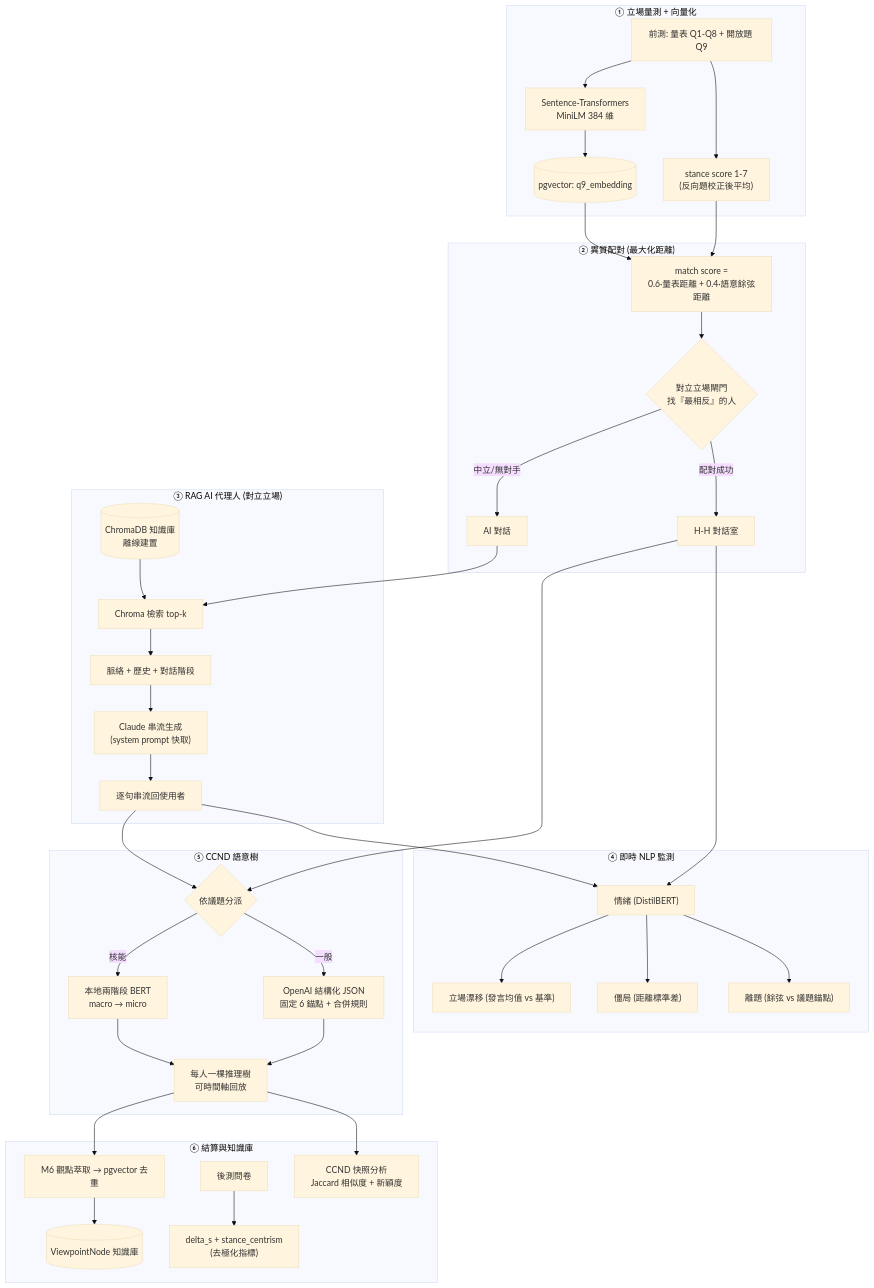
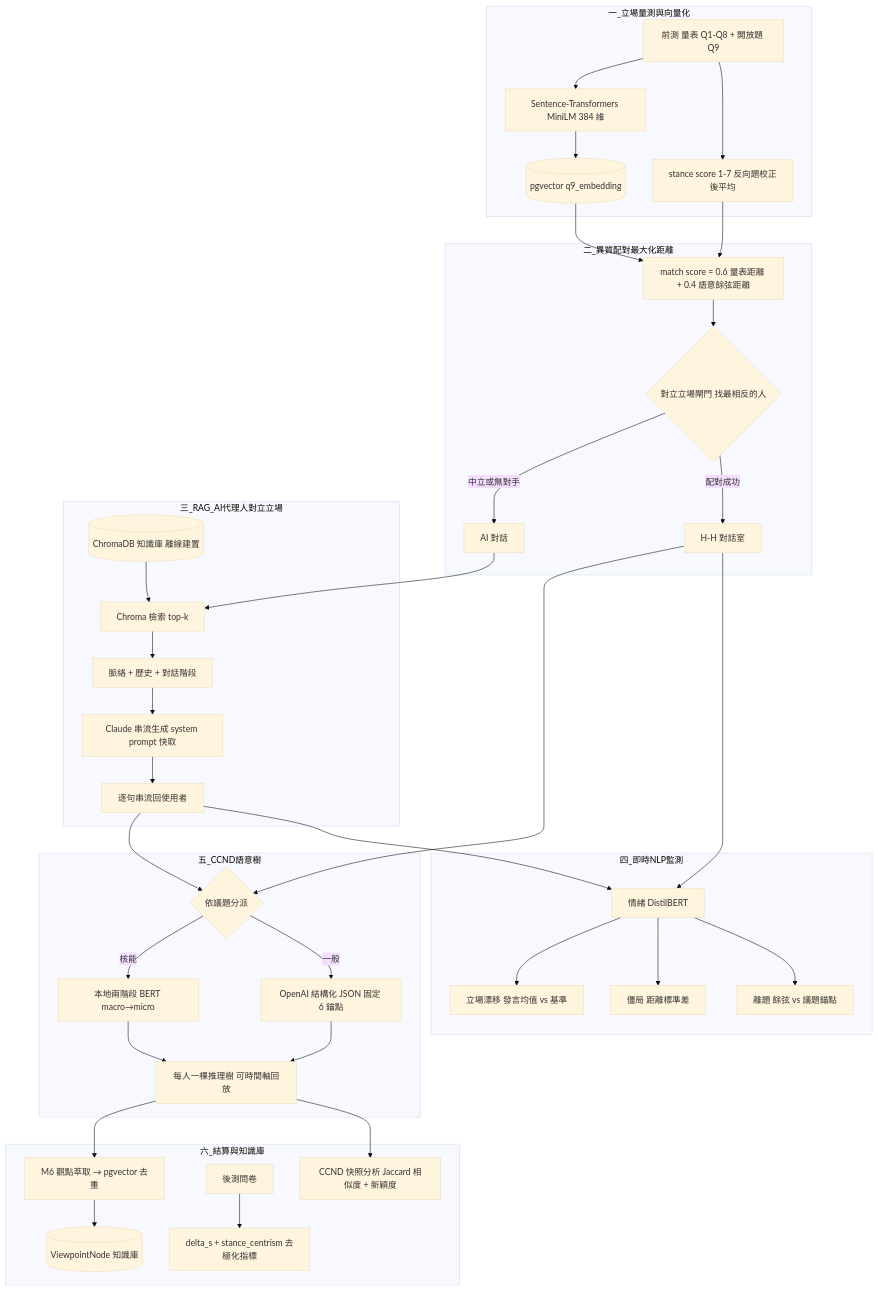
One commit to Ceeeuu/TakeAbridge-Portfolio changed the fifth of 6 diagrams in ARCHITECTURE.md. Above: the diagram before and after it, drawn with Mermaid (base theme). The commit also changed other lines of this file, not shown here.

Commit message:
fix(docs): rewrite mermaid diagrams with widely-compatible syntax

````diff
--- a/ARCHITECTURE.md
+++ b/ARCHITECTURE.md
@@ -186,48 +186,48 @@
 ```mermaid
 flowchart TD
-    subgraph S1["① 立場量測 + 向量化"]
-        A["前測: 量表 Q1-Q8 + 開放題 Q9"] --> B["stance score 1-7<br/>(反向題校正後平均)"]
-        A --> D["Sentence-Transformers<br/>MiniLM 384 維"]
-        D --> E[("pgvector: q9_embedding")]
+    subgraph 一_立場量測與向量化
+        A["前測 量表 Q1-Q8 + 開放題 Q9"] --> B["stance score 1-7 反向題校正後平均"]
+        A --> Demb["Sentence-Transformers MiniLM 384 維"]
+        Demb --> E[("pgvector q9_embedding")]
     end
 
-    subgraph S2["② 異質配對 (最大化距離)"]
-        B --> G["match score =<br/>0.6·量表距離 + 0.4·語意餘弦距離"]
-        E --> G
-        G --> H{"對立立場閘門<br/>找『最相反』的人"}
+    subgraph 二_異質配對最大化距離
+        B --> Gm["match score = 0.6 量表距離 + 0.4 語意餘弦距離"]
+        E --> Gm
+        Gm --> H{"對立立場閘門 找最相反的人"}
         H -->|配對成功| I["H-H 對話室"]
-        H -->|中立/無對手| R
+        H -->|中立或無對手| R
     end
 
-    subgraph S3["③ RAG AI 代理人 (對立立場)"]
+    subgraph 三_RAG_AI代理人對立立場
         R["AI 對話"] --> J["Chroma 檢索 top-k"]
-        KB[("ChromaDB 知識庫<br/>離線建置")] --> J
+        KB[("ChromaDB 知識庫 離線建置")] --> J
         J --> K["脈絡 + 歷史 + 對話階段"]
-        K --> L["Claude 串流生成<br/>(system prompt 快取)"]
+        K --> L["Claude 串流生成 system prompt 快取"]
         L --> M["逐句串流回使用者"]
     end
 
-    subgraph S4["④ 即時 NLP 監測"]
-        I --> N["情緒 (DistilBERT)"]
+    subgraph 四_即時NLP監測
+        I --> N["情緒 DistilBERT"]
         M --> N
-        N --> O["離題 (餘弦 vs 議題錨點)"]
-        N --> P["僵局 (距離標準差)"]
-        N --> Q["立場漂移 (發言均值 vs 基準)"]
+        N --> O["離題 餘弦 vs 議題錨點"]
+        N --> P["僵局 距離標準差"]
+        N --> Qd["立場漂移 發言均值 vs 基準"]
     end
 
-    subgraph S5["⑤ CCND 語意樹"]
+    subgraph 五_CCND語意樹
         I --> T{"依議題分派"}
         M --> T
-        T -->|一般| U["OpenAI 結構化 JSON<br/>固定 6 錨點 + 合併規則"]
-        T -->|核能| V["本地兩階段 BERT<br/>macro → micro"]
-        U --> W["每人一棵推理樹<br/>可時間軸回放"]
+        T -->|一般| Uo["OpenAI 結構化 JSON 固定 6 錨點"]
+        T -->|核能| V["本地兩階段 BERT macro→micro"]
+        Uo --> W["每人一棵推理樹 可時間軸回放"]
         V --> W
     end
 
-    subgraph S6["⑥ 結算與知識庫"]
-        W --> X["CCND 快照分析<br/>Jaccard 相似度 + 新穎度"]
-        A2["後測問卷"] --> Y["delta_s + stance_centrism<br/>(去極化指標)"]
+    subgraph 六_結算與知識庫
+        W --> X["CCND 快照分析 Jaccard 相似度 + 新穎度"]
+        A2["後測問卷"] --> Y["delta_s + stance_centrism 去極化指標"]
         W --> Z["M6 觀點萃取 → pgvector 去重"]
         Z --> KB2[("ViewpointNode 知識庫")]
     end
 ```
````
